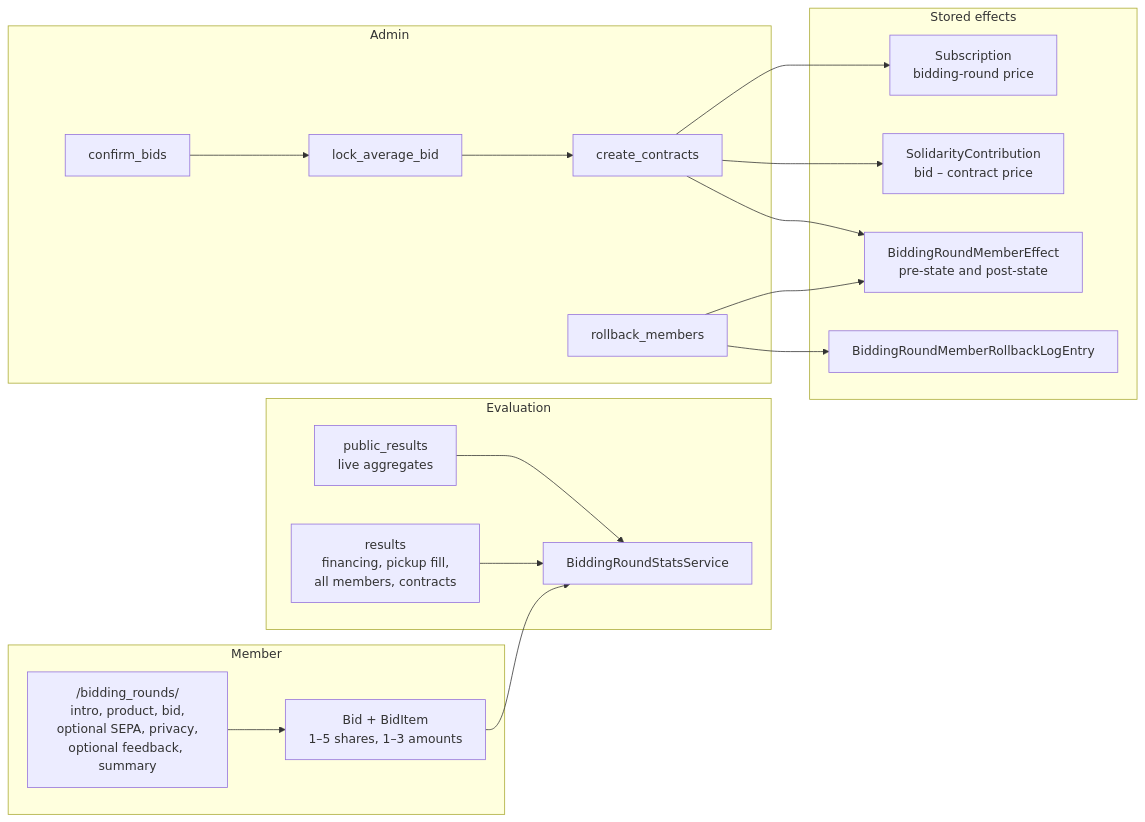
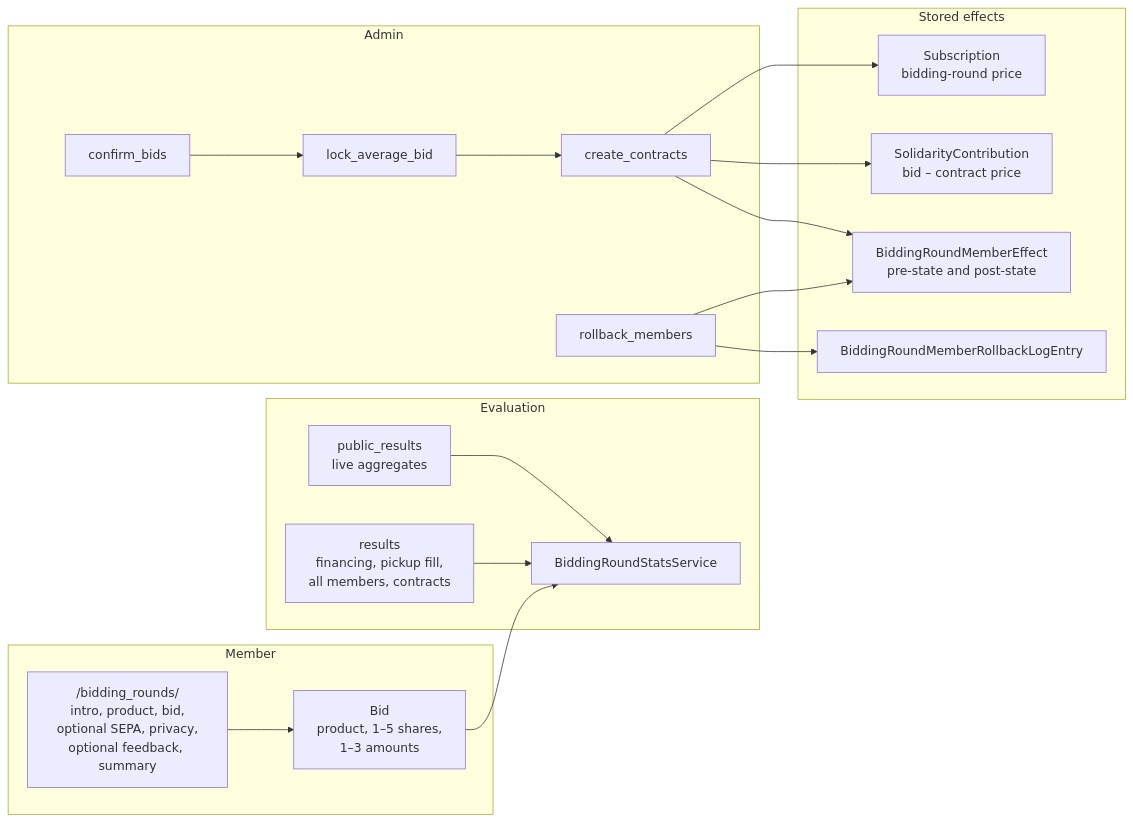
Before and after one commit to FoodCoopX/wirgarten-tapir: the first of 5 diagrams in docs/dev/bidding_round.md, drawn with Mermaid. The commit also changed other lines of this file and 1 other file, not shown here.

````diff
--- a/docs/dev/bidding_round.md
+++ b/docs/dev/bidding_round.md
@@ -19,39 +19,39 @@
 ```mermaid
 flowchart LR
     subgraph member["Member"]
         wizard["/bidding_rounds/<br/>intro, product, bid,<br/>optional SEPA, privacy,<br/>optional feedback, summary"]
-        bid["Bid + BidItem<br/>1–5 shares, 1–3 amounts"]
+        bid["Bid<br/>product, 1–5 shares,<br/>1–3 amounts"]
         wizard --> bid
     end
 
     subgraph evaluation["Evaluation"]
         public["public_results<br/>live aggregates"]
         admin["results<br/>financing, pickup fill,<br/>all members, contracts"]
         stats["BiddingRoundStatsService"]
         public --> stats
         admin --> stats
     end
 
     subgraph admin_tools["Admin"]
         confirm["confirm_bids"]
         lock["lock_average_bid"]
         create["create_contracts"]
         rollback["rollback_members"]
     end
 
     subgraph output["Stored effects"]
         subscription["Subscription<br/>bidding-round price"]
         contribution["SolidarityContribution<br/>bid – contract price"]
         effect["BiddingRoundMemberEffect<br/>pre-state and post-state"]
         audit["BiddingRoundMemberRollbackLogEntry"]
     end
 
     bid --> stats
     confirm --> lock
     lock --> create
     create --> subscription
     create --> contribution
     create --> effect
     rollback --> effect
     rollback --> audit
 ```
````
